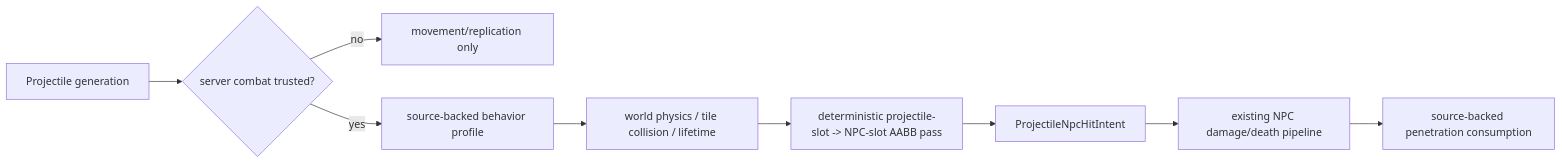
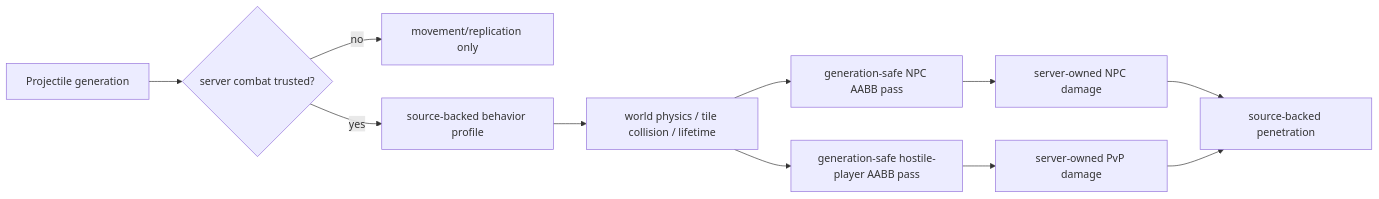
One commit to VegaKernel/TerraRuntime changed the third of 3 diagrams in docs/en/projectile-behavior-profiles.md. Above: the diagram before and after it, drawn with Mermaid. The commit also changed other lines of this file and 40 other files, not shown here.

````diff
--- a/docs/en/projectile-behavior-profiles.md
+++ b/docs/en/projectile-behavior-profiles.md
@@ -89,11 +94,13 @@
 ```mermaid
 flowchart LR
     Spawn["Projectile generation"] --> Trust{"server combat trusted?"}
     Trust -->|no| Sync["movement/replication only"]
     Trust -->|yes| Behavior["source-backed behavior profile"]
     Behavior --> Motion["world physics / tile collision / lifetime"]
-    Motion --> NpcPass["deterministic projectile-slot -> NPC-slot AABB pass"]
-    NpcPass --> Intent["ProjectileNpcHitIntent"]
-    Intent --> Damage["existing NPC damage/death pipeline"]
-    Damage --> Penetration["source-backed penetration consumption"]
+    Motion --> NpcPass["generation-safe NPC AABB pass"]
+    Motion --> PvpPass["generation-safe hostile-player AABB pass"]
+    NpcPass --> Damage["server-owned NPC damage"]
+    PvpPass --> PvpDamage["server-owned PvP damage"]
+    Damage --> Penetration["source-backed penetration"]
+    PvpDamage --> Penetration
 ```
````
